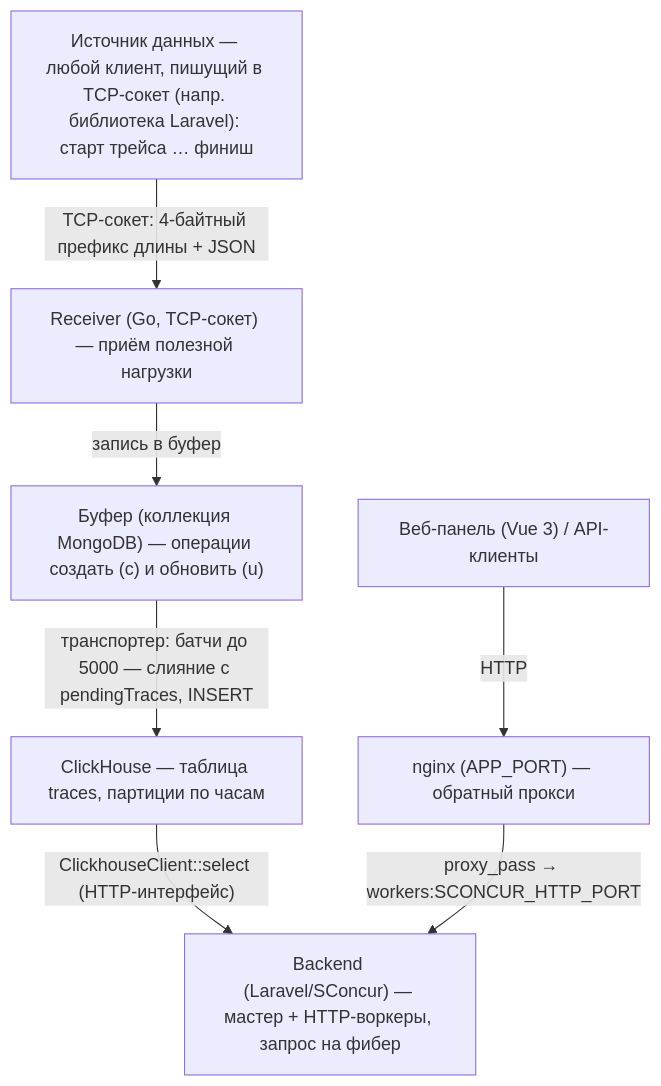
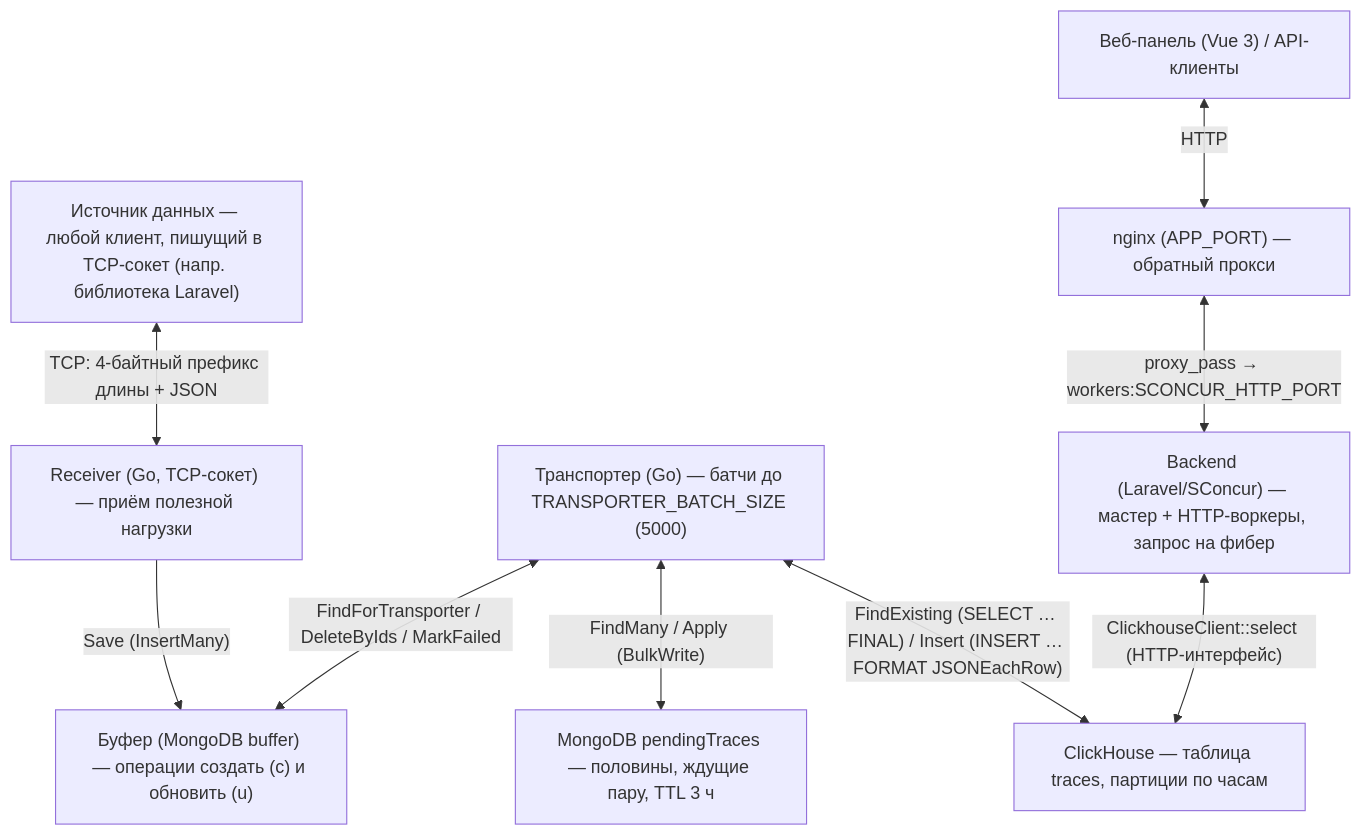
Before and after one commit to sprust/slogger: the diagram in README.ru.md, drawn with Mermaid. The commit also changed other lines of this file and 32 other files, not shown here.

````diff
--- a/README.ru.md
+++ b/README.ru.md
@@ -33,16 +33,20 @@
 ```mermaid
 flowchart TB
-    src["Источник данных — любой клиент, пишущий в TCP-сокет (напр. библиотека Laravel): старт трейса … финиш"]
+    src["Источник данных — любой клиент, пишущий в TCP-сокет (напр. библиотека Laravel)"]
     receiver["Receiver (Go, TCP-сокет) — приём полезной нагрузки"]
-    buffer["Буфер (коллекция MongoDB) — операции создать (c) и обновить (u)"]
+    transporter["Транспортер (Go) — батчи до TRANSPORTER_BATCH_SIZE (5000)"]
+    buffer["Буфер (MongoDB buffer) — операции создать (c) и обновить (u)"]
+    pending["MongoDB pendingTraces — половины, ждущие пару, TTL 3 ч"]
+    ui["Веб-панель (Vue 3) / API-клиенты"]
+    nginx["nginx (APP_PORT) — обратный прокси"]
+    backend["Backend (Laravel/SConcur) — мастер + HTTP-воркеры, запрос на фибер"]
     traces["ClickHouse — таблица traces, партиции по часам"]
-    backend["Backend (Laravel/SConcur) — мастер + HTTP-воркеры, запрос на фибер"]
-    nginx["nginx (APP_PORT) — обратный прокси"]
-    ui["Веб-панель (Vue 3) / API-клиенты"]
-    src -->|"TCP-сокет: 4-байтный префикс длины + JSON"| receiver
-    receiver -->|"запись в буфер"| buffer
-    buffer -->|"транспортер: батчи до 5000 — слияние с pendingTraces, INSERT"| traces
-    traces -->|"ClickhouseClient::select (HTTP-интерфейс)"| backend
-    ui -->|"HTTP"| nginx
-    nginx -->|"proxy_pass → workers:SCONCUR_HTTP_PORT"| backend
+    src <-->|"TCP: 4-байтный префикс длины + JSON"| receiver
+    receiver -->|"Save (InsertMany)"| buffer
+    transporter <-->|"FindForTransporter / DeleteByIds / MarkFailed"| buffer
+    transporter <-->|"FindMany / Apply (BulkWrite)"| pending
+    transporter <-->|"FindExisting (SELECT … FINAL) / Insert (INSERT … FORMAT JSONEachRow)"| traces
+    ui <-->|"HTTP"| nginx
+    nginx <-->|"proxy_pass → workers:SCONCUR_HTTP_PORT"| backend
+    backend <-->|"ClickhouseClient::select (HTTP-интерфейс)"| traces
 ```
````
